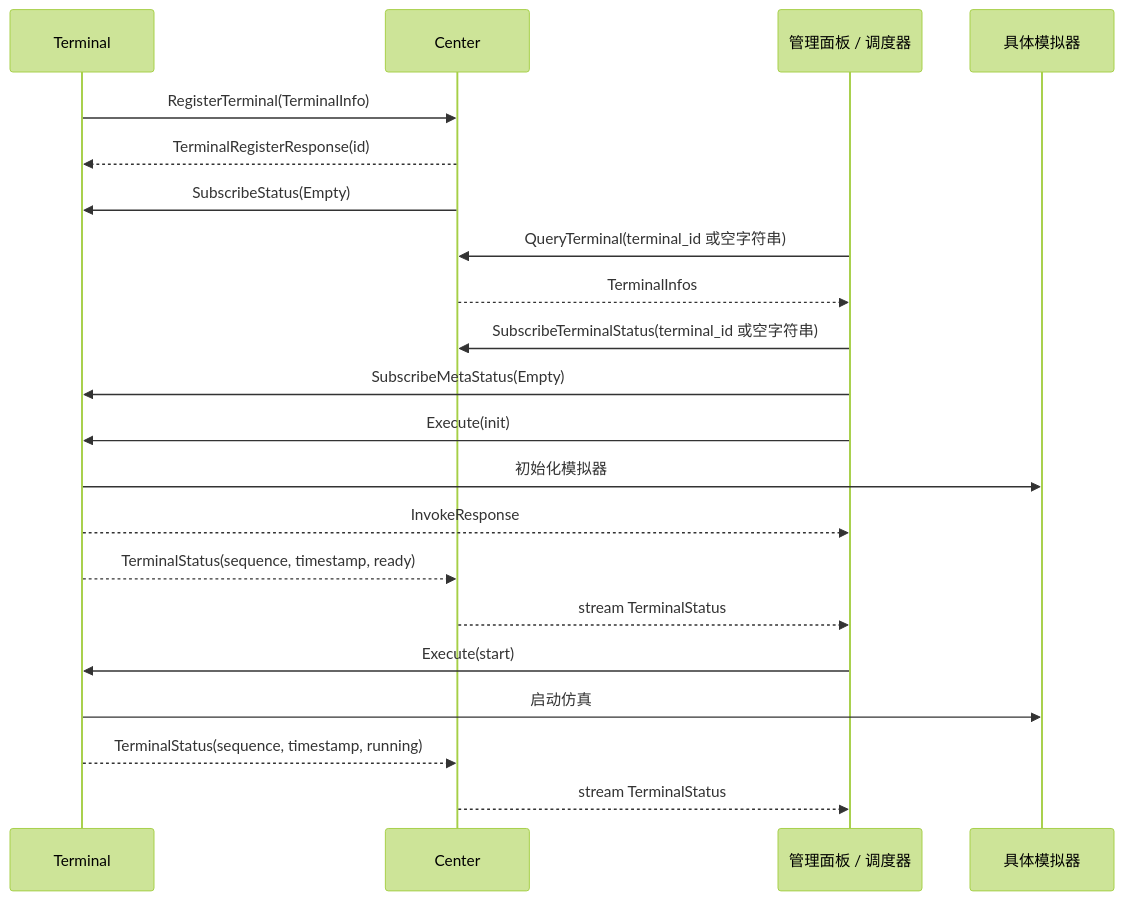
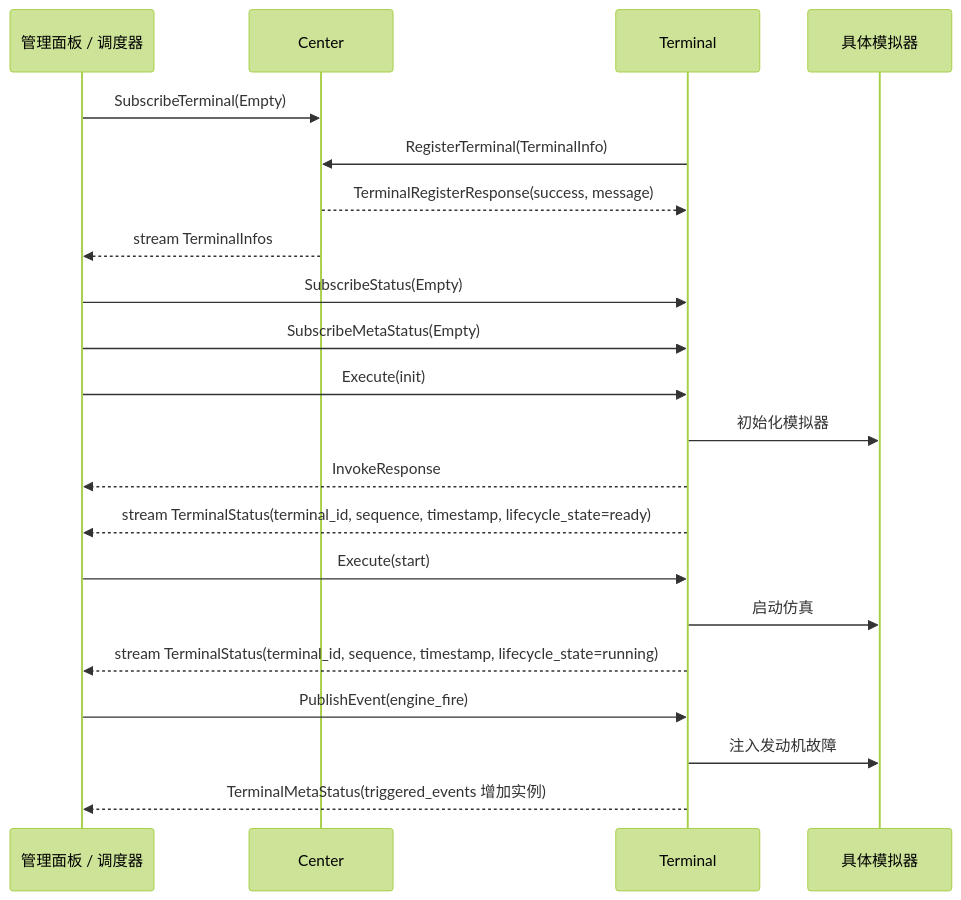
One commit to Aniakea/vannessa changed the second of 3 diagrams in source/_posts/关于飞行仿真控制系统设计的思考.md. Above: the diagram before and after it, drawn with Mermaid (forest theme). The commit also changed other lines of this file, not shown here.

Commit message:
优化控制系统设计，明确 Center 的职责，增强状态监控与终端注册机制

````diff
--- a/source/_posts/关于飞行仿真控制系统设计的思考.md
+++ b/source/_posts/关于飞行仿真控制系统设计的思考.md
@@ -210,24 +319,24 @@
 ```mermaid
 sequenceDiagram
+    participant P as 管理面板 / 调度器
+    participant C as Center
     participant T as Terminal
-    participant C as Center
-    participant P as 管理面板 / 调度器
     participant S as 具体模拟器
 
+    P->>C: SubscribeTerminal(Empty)
     T->>C: RegisterTerminal(TerminalInfo)
-    C-->>T: TerminalRegisterResponse(id)
-    C->>T: SubscribeStatus(Empty)
-    P->>C: QueryTerminal(terminal_id 或空字符串)
-    C-->>P: TerminalInfos
-    P->>C: SubscribeTerminalStatus(terminal_id 或空字符串)
+    C-->>T: TerminalRegisterResponse(success, message)
+    C-->>P: stream TerminalInfos
+    P->>T: SubscribeStatus(Empty)
     P->>T: SubscribeMetaStatus(Empty)
     P->>T: Execute(init)
     T->>S: 初始化模拟器
     T-->>P: InvokeResponse
-    T-->>C: TerminalStatus(sequence, timestamp, ready)
-    C-->>P: stream TerminalStatus
+    T-->>P: stream TerminalStatus(terminal_id, sequence, timestamp, lifecycle_state=ready)
     P->>T: Execute(start)
     T->>S: 启动仿真
-    T-->>C: TerminalStatus(sequence, timestamp, running)
-    C-->>P: stream TerminalStatus
+    T-->>P: stream TerminalStatus(terminal_id, sequence, timestamp, lifecycle_state=running)
+    P->>T: PublishEvent(engine_fire)
+    T->>S: 注入发动机故障
+    T-->>P: TerminalMetaStatus(triggered_events 增加实例)
 ```
````
